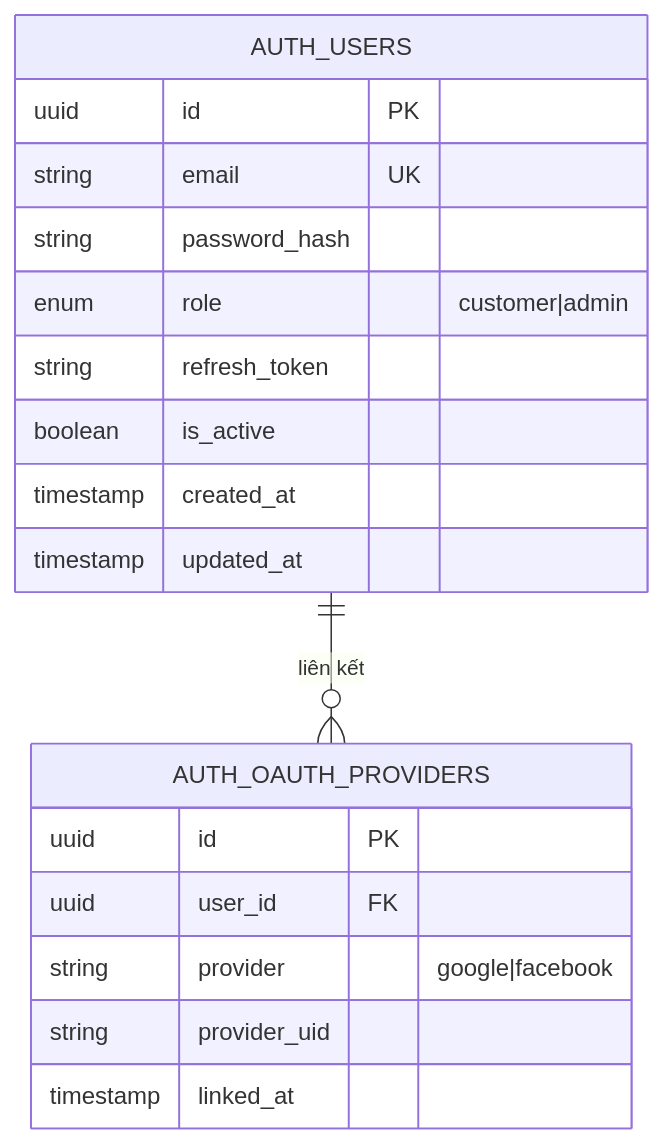
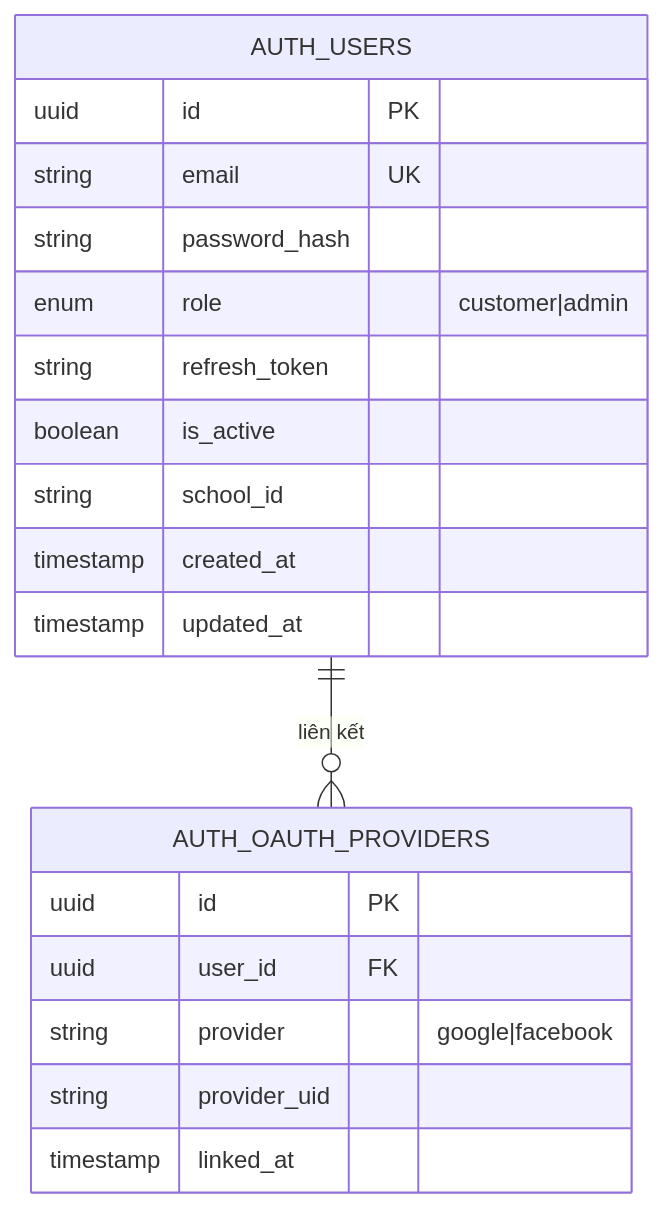
The first of 8 diagrams in my-app/microservice-architecture.md (nguyenhuynhphuongloc/AdvanceTechnology), drawn with Mermaid before and after one commit. The commit also changed other lines of this file and 15 other files, not shown here.

````diff
--- a/my-app/microservice-architecture.md
+++ b/my-app/microservice-architecture.md
@@ -273,21 +273,22 @@
 ```mermaid
 erDiagram
     AUTH_USERS {
         uuid    id              PK
         string  email           UK
         string  password_hash
         enum    role            "customer|admin"
         string  refresh_token
         boolean is_active
+        string  school_id
         timestamp created_at
         timestamp updated_at
     }
+    AUTH_USERS ||--o{ AUTH_OAUTH_PROVIDERS : "liên kết"
     AUTH_OAUTH_PROVIDERS {
-        uuid    id          PK
-        uuid    user_id     FK
-        string  provider    "google|facebook"
+        uuid    id              PK
+        uuid    user_id         FK
+        string  provider        "google|facebook"
         string  provider_uid
         timestamp linked_at
     }
-    AUTH_USERS ||--o{ AUTH_OAUTH_PROVIDERS : "liên kết"
 ```
````
